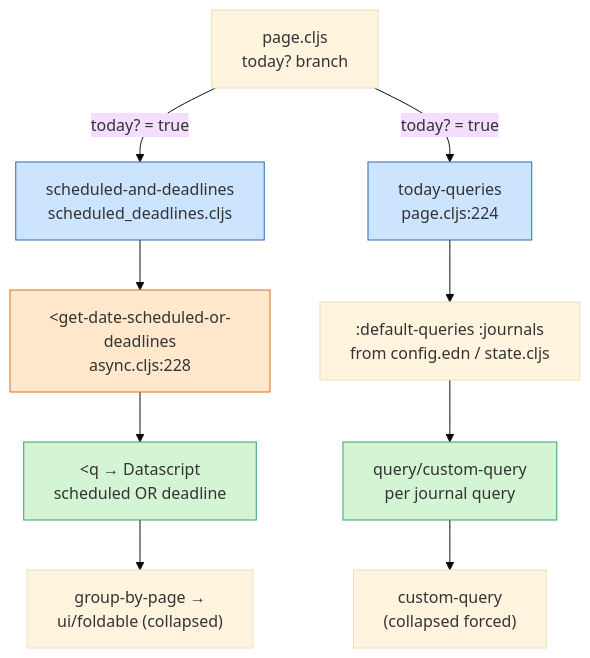
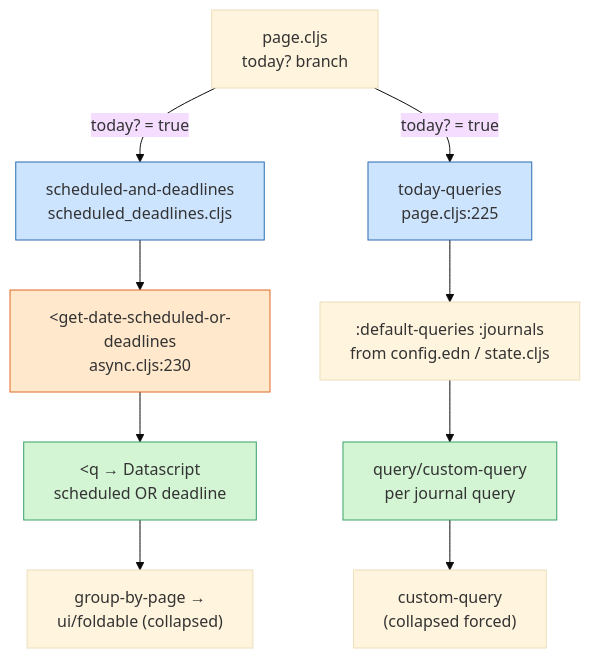
The first of 6 diagrams in dz/docs/03-features/scheduled-deadline-query/developer-guide.md (hdansou/logseq), drawn with Mermaid (base theme) before and after one commit. The commit also changed other lines of this file and 100 other files, not shown here.

````diff
--- a/dz/docs/03-features/scheduled-deadline-query/developer-guide.md
+++ b/dz/docs/03-features/scheduled-deadline-query/developer-guide.md
@@ -37,17 +37,17 @@
 ```mermaid
 graph TD
     A["page.cljs<br/>today? branch"] -->|"today? = true"| B["scheduled-and-deadlines<br/>scheduled_deadlines.cljs"]
-    A -->|"today? = true"| C["today-queries<br/>page.cljs:224"]
-    B --> D["&lt;get-date-scheduled-or-deadlines<br/>async.cljs:228"]
+    A -->|"today? = true"| C["today-queries<br/>page.cljs:225"]
+    B --> D["&lt;get-date-scheduled-or-deadlines<br/>async.cljs:230"]
     C --> E[":default-queries :journals<br/>from config.edn / state.cljs"]
     D --> F["&lt;q → Datascript<br/>scheduled OR deadline"]
     E --> F2["query/custom-query<br/>per journal query"]
     F --> G["group-by-page →<br/>ui/foldable (collapsed)"]
     F2 --> G2["custom-query<br/>(collapsed forced)"]
 
     style B fill:#cde4ff,stroke:#2b6cb0
     style C fill:#cde4ff,stroke:#2b6cb0
     style D fill:#ffe8cc,stroke:#dd6b20
     style F fill:#d4f5d4,stroke:#38a169
     style F2 fill:#d4f5d4,stroke:#38a169
 ```
````
